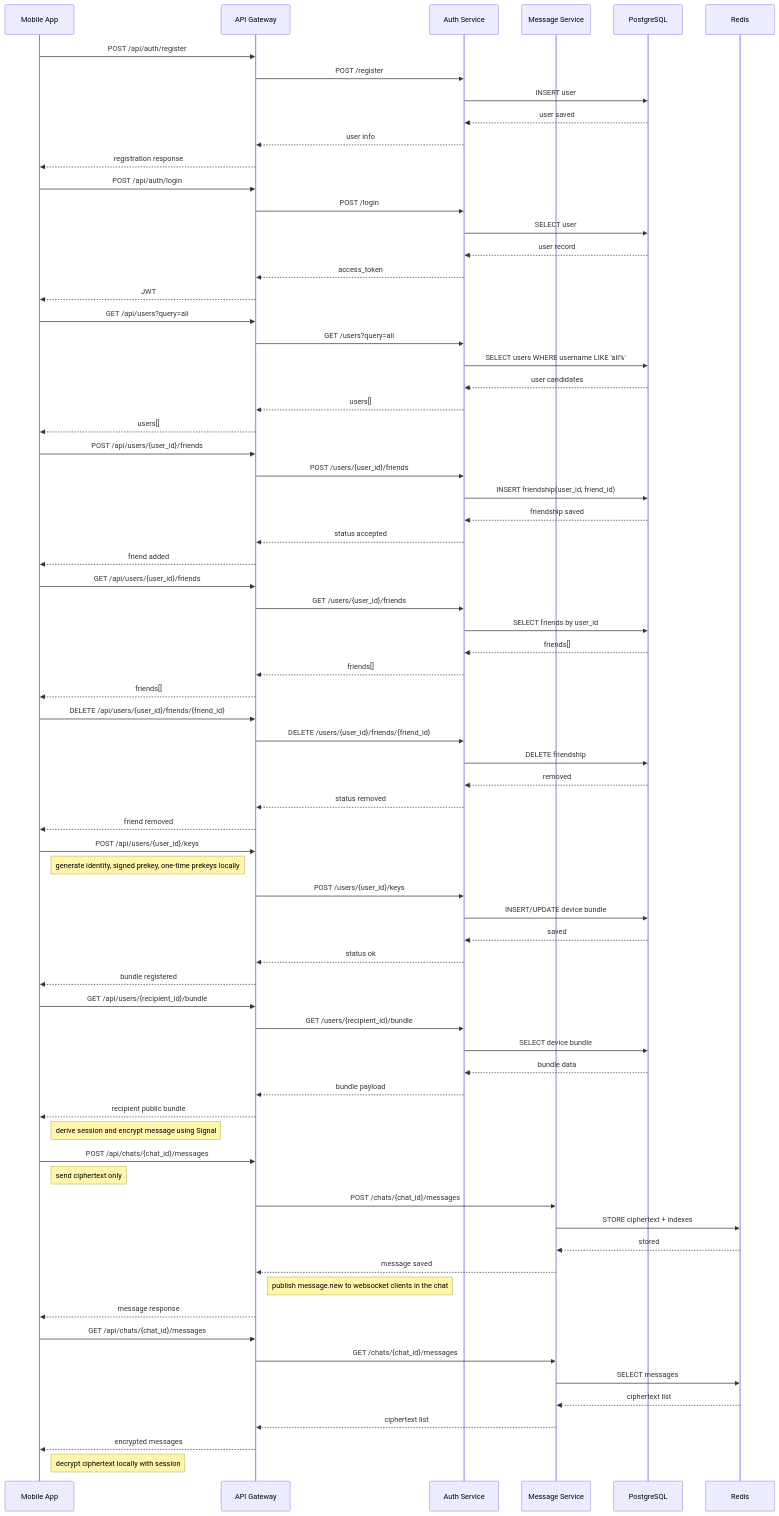
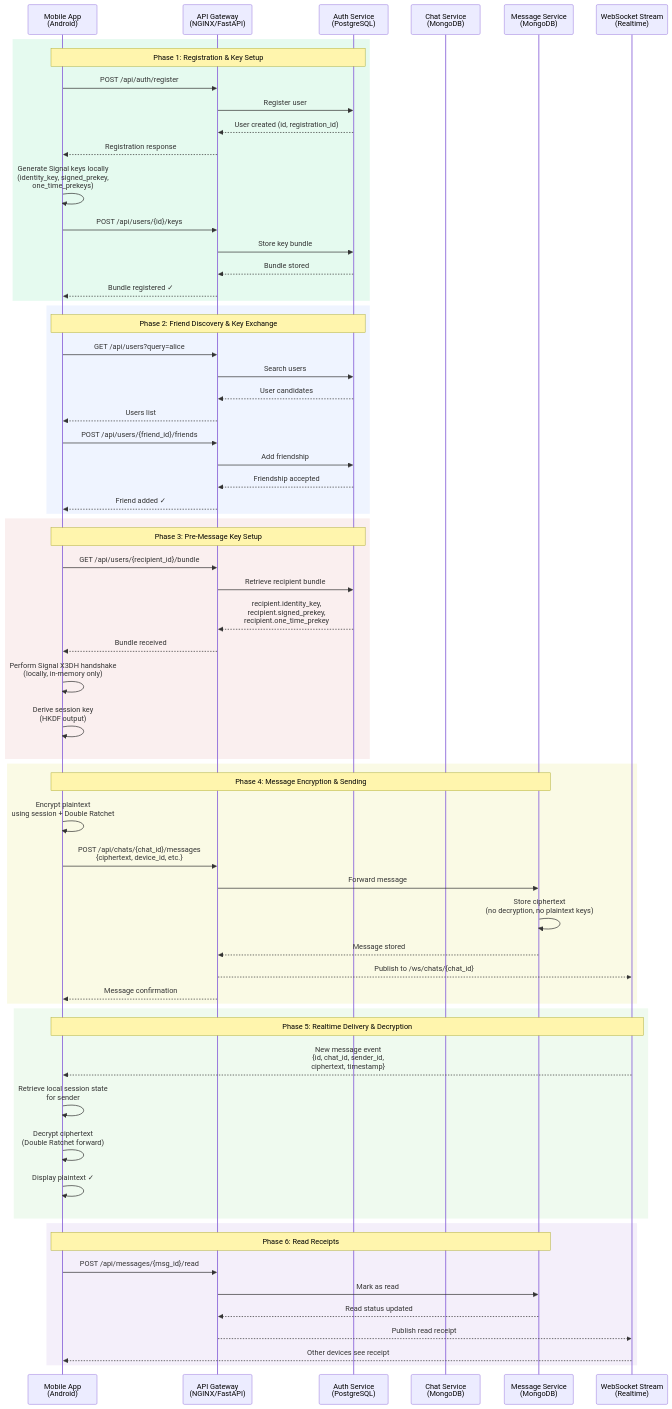
Before and after one commit to Myob11/E2EE: the second of 2 diagrams in README.md, drawn with Mermaid. The commit also changed other lines of this file and 4 other files, not shown here.

````diff
--- a/README.md
+++ b/README.md
@@ -60,84 +71,76 @@
 ```mermaid
 sequenceDiagram
-    participant Client as Mobile App
-    participant Gateway as API Gateway
-    participant Auth as Auth Service
-    participant Message as Message Service
-    participant PG as PostgreSQL
-    participant Redis as Redis
+    participant Client as Mobile App<br/>(Android)
+    participant Gateway as API Gateway<br/>(NGINX/FastAPI)
+    participant Auth as Auth Service<br/>(PostgreSQL)
+    participant Chat as Chat Service<br/>(MongoDB)
+    participant Message as Message Service<br/>(MongoDB)
+    participant WebSocket as WebSocket Stream<br/>(Realtime)
 
-    Client->>Gateway: POST /api/auth/register
-    Gateway->>Auth: POST /register
-    Auth->>PG: INSERT user
-    PG-->>Auth: user saved
-    Auth-->>Gateway: user info
-    Gateway-->>Client: registration response
+    rect rgba(0, 200, 100, 0.1)
+        Note over Client,Auth: Phase 1: Registration & Key Setup
+        Client->>Gateway: POST /api/auth/register
+        Gateway->>Auth: Register user
+        Auth-->>Gateway: User created (id, registration_id)
+        Gateway-->>Client: Registration response
+        
+        Client->>Client: Generate Signal keys locally<br/>(identity_key, signed_prekey,<br/>one_time_prekeys)
+        
+        Client->>Gateway: POST /api/users/{id}/keys
+        Gateway->>Auth: Store key bundle
+        Auth-->>Gateway: Bundle stored
+        Gateway-->>Client: Bundle registered ✓
+    end
 
-    Client->>Gateway: POST /api/auth/login
-    Gateway->>Auth: POST /login
-    Auth->>PG: SELECT user
-    PG-->>Auth: user record
-    Auth-->>Gateway: access_token
-    Gateway-->>Client: JWT
+    rect rgba(100, 150, 255, 0.1)
+        Note over Client,Auth: Phase 2: Friend Discovery & Key Exchange
+        Client->>Gateway: GET /api/users?query=alice
+        Gateway->>Auth: Search users
+        Auth-->>Gateway: User candidates
+        Gateway-->>Client: Users list
+        
+        Client->>Gateway: POST /api/users/{friend_id}/friends
+        Gateway->>Auth: Add friendship
+        Auth-->>Gateway: Friendship accepted
+        Gateway-->>Client: Friend added ✓
+    end
 
-    Client->>Gateway: GET /api/users?query=ali
-    Gateway->>Auth: GET /users?query=ali
-    Auth->>PG: SELECT users WHERE username LIKE 'ali%'
-    PG-->>Auth: user candidates
-    Auth-->>Gateway: users[]
-    Gateway-->>Client: users[]
+    rect rgba(200, 100, 100, 0.1)
+        Note over Client,Auth: Phase 3: Pre-Message Key Setup
+        Client->>Gateway: GET /api/users/{recipient_id}/bundle
+        Gateway->>Auth: Retrieve recipient bundle
+        Auth-->>Gateway: recipient.identity_key,<br/>recipient.signed_prekey,<br/>recipient.one_time_prekey
+        Gateway-->>Client: Bundle received
+        
+        Client->>Client: Perform Signal X3DH handshake<br/>(locally, in-memory only)
+        Client->>Client: Derive session key<br/>(HKDF output)
+    end
 
-    Client->>Gateway: POST /api/users/{user_id}/friends
-    Gateway->>Auth: POST /users/{user_id}/friends
-    Auth->>PG: INSERT friendship(user_id, friend_id)
-    PG-->>Auth: friendship saved
-    Auth-->>Gateway: status accepted
-    Gateway-->>Client: friend added
+    rect rgba(200, 200, 0, 0.1)
+        Note over Client,Message: Phase 4: Message Encryption & Sending
+        Client->>Client: Encrypt plaintext<br/>using session + Double Ratchet
+        Client->>Gateway: POST /api/chats/{chat_id}/messages<br/>{ciphertext, device_id, etc.}
+        Gateway->>Message: Forward message
+        Message->>Message: Store ciphertext<br/>(no decryption, no plaintext keys)
+        Message-->>Gateway: Message stored
+        Gateway-->>WebSocket: Publish to /ws/chats/{chat_id}
+        Gateway-->>Client: Message confirmation
+    end
 
-    Client->>Gateway: GET /api/users/{user_id}/friends
-    Gateway->>Auth: GET /users/{user_id}/friends
-    Auth->>PG: SELECT friends by user_id
-    PG-->>Auth: friends[]
-    Auth-->>Gateway: friends[]
-    Gateway-->>Client: friends[]
+    rect rgba(100, 200, 100, 0.1)
+        Note over Client,WebSocket: Phase 5: Realtime Delivery & Decryption
+        WebSocket-->>Client: New message event<br/>{id, chat_id, sender_id,<br/>ciphertext, timestamp}
+        Client->>Client: Retrieve local session state<br/>for sender
+        Client->>Client: Decrypt ciphertext<br/>(Double Ratchet forward)
+        Client->>Client: Display plaintext ✓
+    end
 
-    Client->>Gateway: DELETE /api/users/{user_id}/friends/{friend_id}
-    Gateway->>Auth: DELETE /users/{user_id}/friends/{friend_id}
-    Auth->>PG: DELETE friendship
-    PG-->>Auth: removed
-    Auth-->>Gateway: status removed
-    Gateway-->>Client: friend removed
-
-    Client->>Gateway: POST /api/users/{user_id}/keys
-    Note right of Client: generate identity, signed prekey, one-time prekeys locally
-    Gateway->>Auth: POST /users/{user_id}/keys
-    Auth->>PG: INSERT/UPDATE device bundle
-    PG-->>Auth: saved
-    Auth-->>Gateway: status ok
-    Gateway-->>Client: bundle registered
-
-    Client->>Gateway: GET /api/users/{recipient_id}/bundle
-    Gateway->>Auth: GET /users/{recipient_id}/bundle
-    Auth->>PG: SELECT device bundle
-    PG-->>Auth: bundle data
-    Auth-->>Gateway: bundle payload
-    Gateway-->>Client: recipient public bundle
-    Note right of Client: derive session and encrypt message using Signal
-
-    Client->>Gateway: POST /api/chats/{chat_id}/messages
-    Note right of Client: send ciphertext only
-    Gateway->>Message: POST /chats/{chat_id}/messages
-    Message->>Redis: STORE ciphertext + indexes
-    Redis-->>Message: stored
-    Message-->>Gateway: message saved
-    Note right of Gateway: publish message.new to websocket clients in the chat
-    Gateway-->>Client: message response
-
-    Client->>Gateway: GET /api/chats/{chat_id}/messages
-    Gateway->>Message: GET /chats/{chat_id}/messages
-    Message->>Redis: SELECT messages
-    Redis-->>Message: ciphertext list
-    Message-->>Gateway: ciphertext list
-    Gateway-->>Client: encrypted messages
-    Note right of Client: decrypt ciphertext locally with session
+    rect rgba(150, 100, 200, 0.1)
+        Note over Client,Message: Phase 6: Read Receipts
+        Client->>Gateway: POST /api/messages/{msg_id}/read
+        Gateway->>Message: Mark as read
+        Message-->>Gateway: Read status updated
+        Gateway-->>WebSocket: Publish read receipt
+        WebSocket-->>Client: Other devices see receipt
+    end
 ```
````
